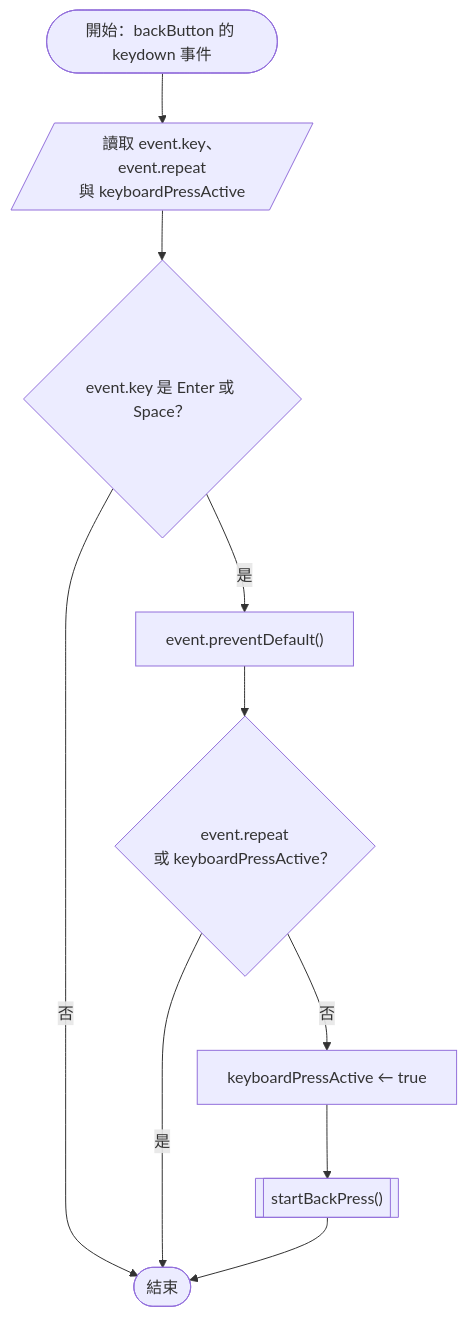
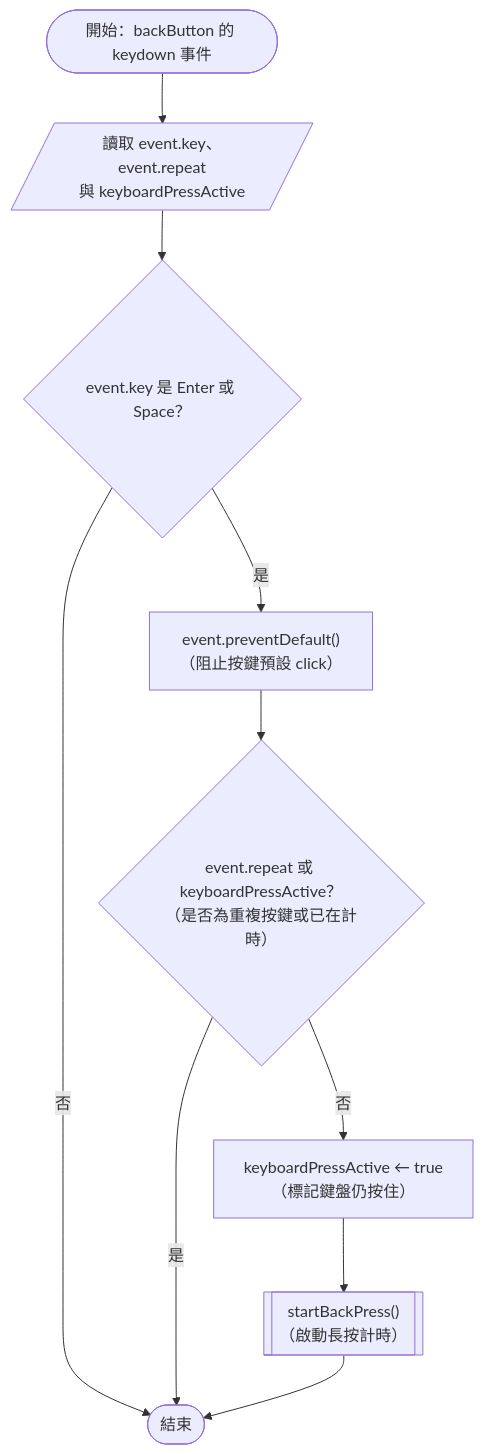
The seventh of 29 diagrams in README.md (Chuen666666/hw3), drawn with Mermaid before and after one commit. The commit also changed other lines of this file and 1 other file, not shown here.

Commit message:
補充流程圖程式碼中文說明

````diff
--- a/README.md
+++ b/README.md
@@ -79,12 +79,12 @@
 ```mermaid
 flowchart TD
     START(["開始：backButton 的 keydown 事件"]) --> READ[/"讀取 event.key、event.repeat<br/>與 keyboardPressActive"/]
     READ --> SUPPORTED{"event.key 是 Enter 或 Space？"}
     SUPPORTED -- "否" --> END(["結束"])
-    SUPPORTED -- "是" --> PREVENT["event.preventDefault()"]
-    PREVENT --> REPEAT{"event.repeat<br/>或 keyboardPressActive？"}
+    SUPPORTED -- "是" --> PREVENT["event.preventDefault()<br/>（阻止按鍵預設 click）"]
+    PREVENT --> REPEAT{"event.repeat 或 keyboardPressActive？<br/>（是否為重複按鍵或已在計時）"}
     REPEAT -- "是" --> END
-    REPEAT -- "否" --> ACTIVE["keyboardPressActive ← true"]
-    ACTIVE --> PRESS[["startBackPress()"]]
+    REPEAT -- "否" --> ACTIVE["keyboardPressActive ← true<br/>（標記鍵盤仍按住）"]
+    ACTIVE --> PRESS[["startBackPress()<br/>（啟動長按計時）"]]
     PRESS --> END
 ```
````
